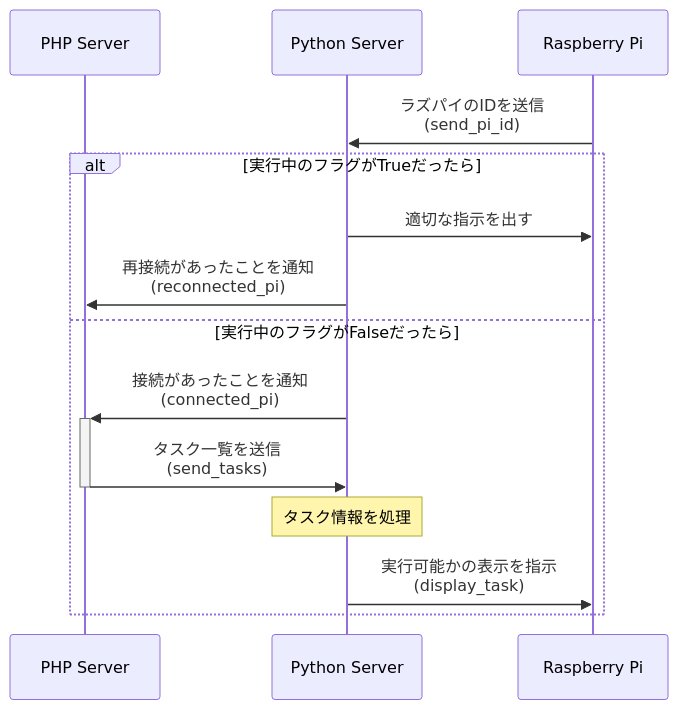
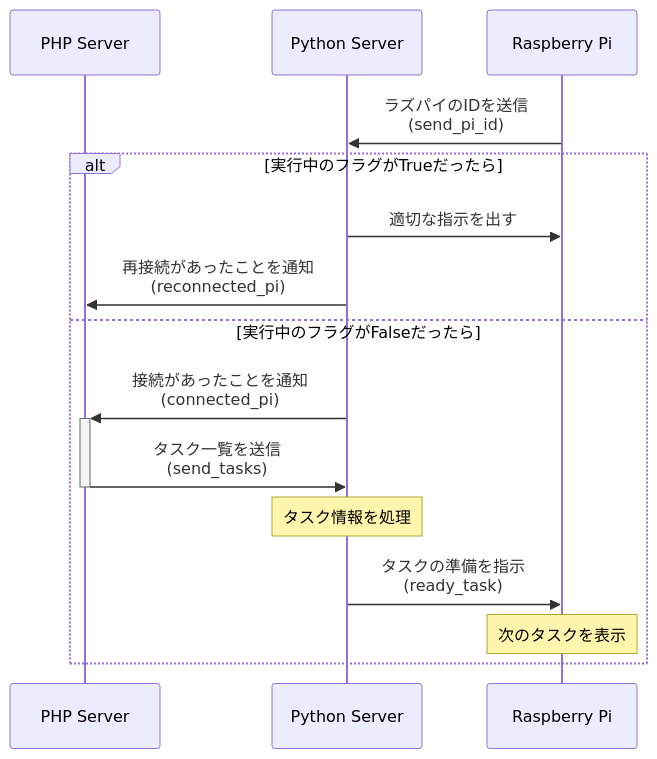
The first of 5 diagrams in sequence.md (litech-team/li-learn-timer-docs), drawn with Mermaid before and after one commit.

Commit message:
タスク準備の英語名を変更

````diff
--- a/sequence.md
+++ b/sequence.md
@@ -5,17 +5,18 @@
 ```mermaid
 sequenceDiagram
     participant server as PHP Server
     participant python as Python Server
     participant client as Raspberry Pi
 
     client ->> python: ラズパイのIDを送信<br>(send_pi_id)
     alt 実行中のフラグがTrueだったら
         python ->> client: 適切な指示を出す
         python ->> server: 再接続があったことを通知<br>(reconnected_pi)
     else 実行中のフラグがFalseだったら
         python ->>+ server: 接続があったことを通知<br>(connected_pi)
         server ->>- python: タスク一覧を送信<br>(send_tasks)
         Note over python: タスク情報を処理
-        python ->> client: 実行可能かの表示を指示<br>(display_task)
+        python ->> client: タスクの準備を指示<br>(ready_task)
+        Note over client: 次のタスクを表示
     end
 ```
````
